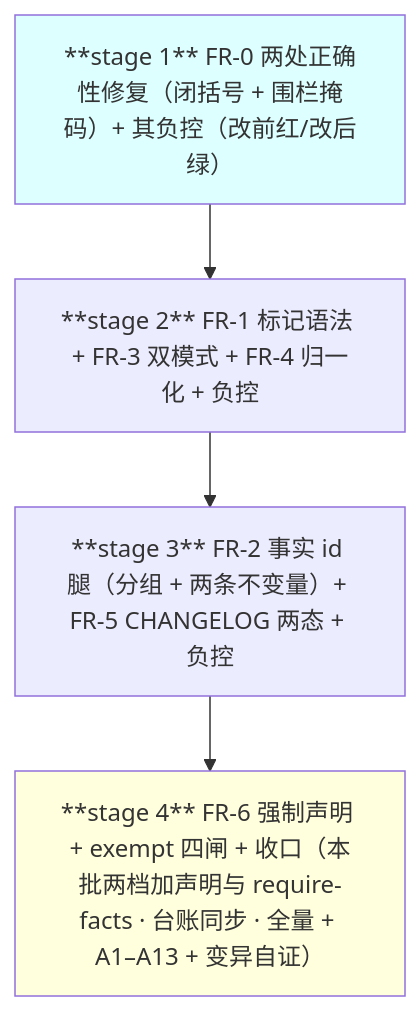
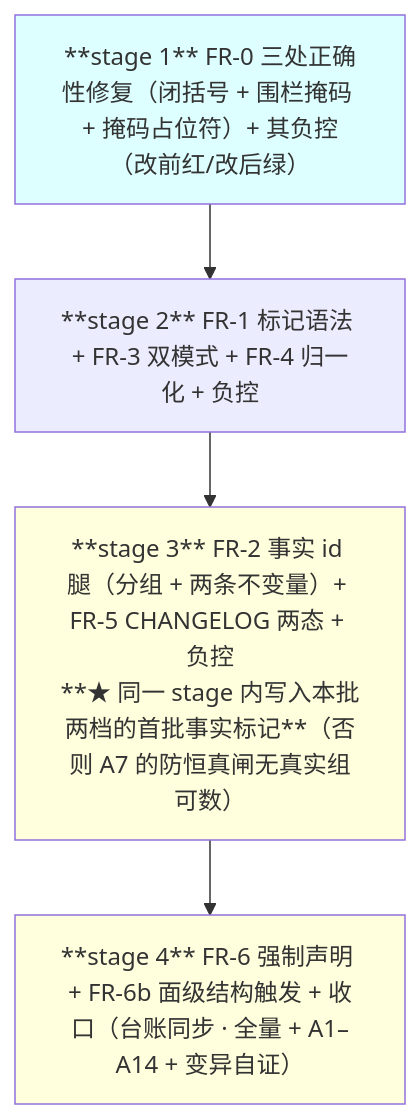
Before and after one commit to shenhuanageshei/dsh-thincoder-suite: the fifth of 5 diagrams in docs/2026-09-17-scope-alignment-design.md, drawn with Mermaid. The commit also changed other lines of this file and 2 other files, not shown here.

````diff
--- a/docs/2026-09-17-scope-alignment-design.md
+++ b/docs/2026-09-17-scope-alignment-design.md
@@ -517,9 +561,10 @@
 ```mermaid
 flowchart TD
-  S1["**stage 1** FR-0 两处正确性修复（闭括号 + 围栏掩码）+ 其负控（改前红/改后绿）"] --> S2
+  S1["**stage 1** FR-0 三处正确性修复（闭括号 + 围栏掩码 + 掩码占位符）+ 其负控（改前红/改后绿）"] --> S2
   S2["**stage 2** FR-1 标记语法 + FR-3 双模式 + FR-4 归一化 + 负控"] --> S3
-  S3["**stage 3** FR-2 事实 id 腿（分组 + 两条不变量）+ FR-5 CHANGELOG 两态 + 负控"] --> S4
-  S4["**stage 4** FR-6 强制声明 + exempt 四闸 + 收口（本批两档加声明与 require-facts · 台账同步 · 全量 + A1–A13 + 变异自证）"]
+  S3["**stage 3** FR-2 事实 id 腿（分组 + 两条不变量）+ FR-5 CHANGELOG 两态 + 负控<br/>**★ 同一 stage 内写入本批两档的首批事实标记**（否则 A7 的防恒真闸无真实组可数）"] --> S4
+  S4["**stage 4** FR-6 强制声明 + FR-6b 面级结构触发 + 收口（台账同步 · 全量 + A1–A14 + 变异自证）"]
   style S1 fill:#dff
+  style S3 fill:#ffd
   style S4 fill:#ffd
 ```
````
